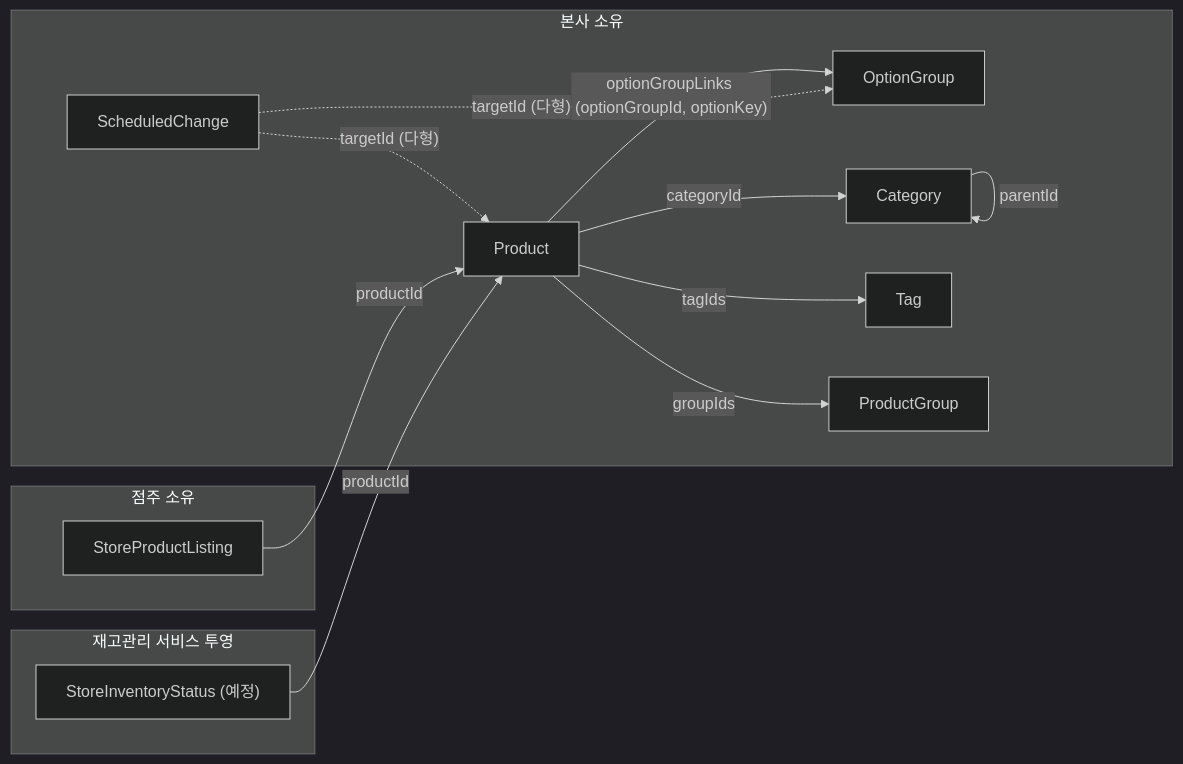
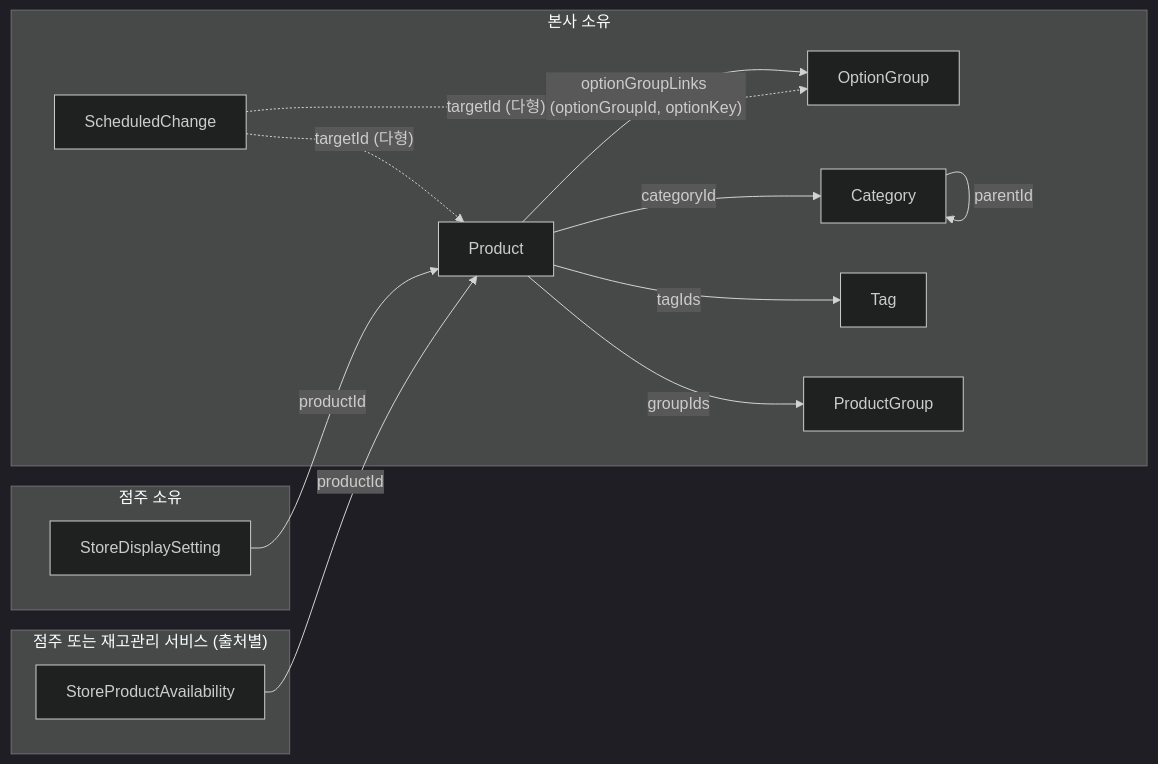
Before and after one commit to dozycoffee/dozy-catalog-api: the first of 3 diagrams in docs/domain-model.md, drawn with Mermaid (dark theme). The commit also changed other lines of this file and 4 other files, not shown here.

````diff
--- a/docs/domain-model.md
+++ b/docs/domain-model.md
@@ -29,27 +29,27 @@
 ```mermaid
 flowchart LR
     subgraph HQ["본사 소유"]
         Product
         OptionGroup
         Category
         Tag
         ProductGroup
         ScheduledChange
     end
     subgraph Store["점주 소유"]
-        StoreProductListing
+        StoreDisplaySetting
     end
-    subgraph Inv["재고관리 서비스 투영"]
-        StoreInventoryStatus["StoreInventoryStatus (예정)"]
+    subgraph Avail["점주 또는 재고관리 서비스 (출처별)"]
+        StoreProductAvailability
     end
 
     Product -- categoryId --> Category
     Product -- tagIds --> Tag
     Product -- groupIds --> ProductGroup
     Product -- "optionGroupLinks (optionGroupId, optionKey)" --> OptionGroup
     Category -- parentId --> Category
     ScheduledChange -. "targetId (다형)" .-> Product
     ScheduledChange -. "targetId (다형)" .-> OptionGroup
-    StoreProductListing -- productId --> Product
-    StoreInventoryStatus -- productId --> Product
+    StoreDisplaySetting -- productId --> Product
+    StoreProductAvailability -- productId --> Product
 ```
````
